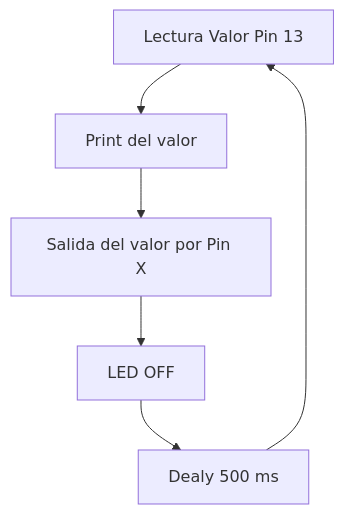
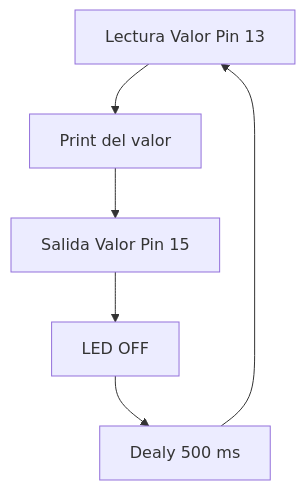
Before and after one commit to joeljoanmorera/P1-morera-cots: the second of 3 diagrams in README.md, drawn with Mermaid. The commit also changed other lines of this file, not shown here.

```diff
--- a/README.md
+++ b/README.md
@@ -96,8 +96,8 @@
 <div class="mermaid">
 graph TD;
-    A[Lectura Valor Pin 13]       --> B;
-    B[Print del valor]   --> C;
-    C[Salida del valor por Pin X] --> D;
-    D[LED OFF]      --> E;
-    E[Dealy 500 ms] --> A;
+    A[Lectura Valor Pin 13]         --> B;
+    B[Print del valor]              --> C;
+    C[Salida Valor Pin 15]   --> D;
+    D[LED OFF]                      --> E;
+    E[Dealy 500 ms]                 --> A;
 </div>
```
